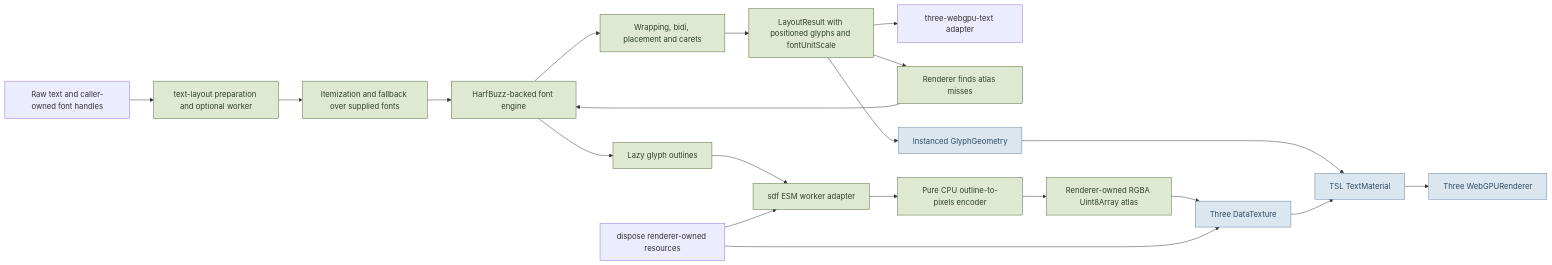
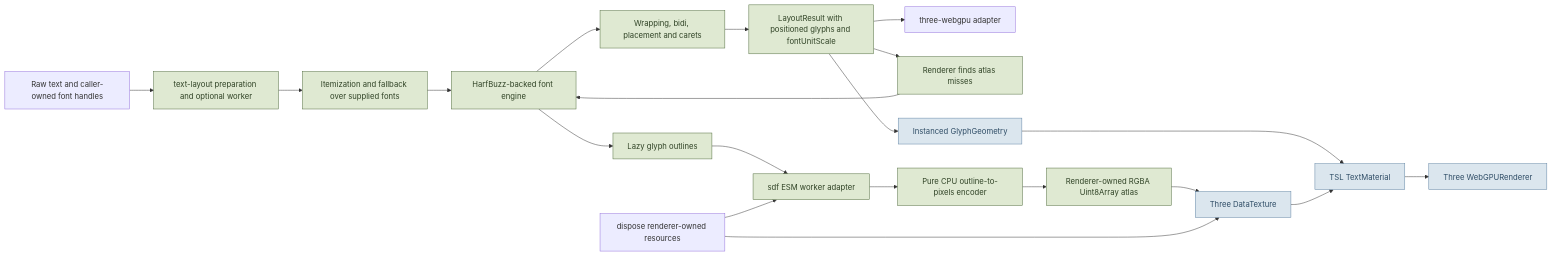
One commit to julia-script/text-rendering-toolkit changed the third of 5 diagrams in ROADMAP.md. Above: the diagram before and after it, drawn with Mermaid. The commit also changed other lines of this file and 140 other files, not shown here.

````diff
--- a/ROADMAP.md
+++ b/ROADMAP.md
@@ -133,30 +133,30 @@
 ```mermaid
 flowchart LR
     User[Raw text and caller-owned font handles] --> LayoutWorker[text-layout preparation and optional worker]
     LayoutWorker --> Resolver[Itemization and fallback over supplied fonts]
     Resolver --> Font[HarfBuzz-backed font engine]
     Font --> Layout[Wrapping, bidi, placement and carets]
     Layout --> Result[LayoutResult with positioned glyphs and fontUnitScale]
 
-    Result --> Renderer[three-webgpu-text adapter]
+    Result --> Renderer[three-webgpu adapter]
     Result --> Misses[Renderer finds atlas misses]
     Misses --> Font
     Font --> Outlines[Lazy glyph outlines]
     Outlines --> SdfWorker[sdf ESM worker adapter]
     SdfWorker --> CpuSdf[Pure CPU outline-to-pixels encoder]
     CpuSdf --> Atlas[Renderer-owned RGBA Uint8Array atlas]
     Atlas --> DataTexture[Three DataTexture]
 
     Result --> Geometry[Instanced GlyphGeometry]
     Geometry --> TSL[TSL TextMaterial]
     DataTexture --> TSL
     TSL --> WebGPU[Three WebGPURenderer]
 
     Dispose[dispose renderer-owned resources] --> SdfWorker
     Dispose --> DataTexture
 
     classDef cpu fill:#dfe9d2,stroke:#4f6b3c,color:#304326
     classDef gpu fill:#dbe6ee,stroke:#5f83a3,color:#2f4d66
     class LayoutWorker,Resolver,Font,Layout,Result,Misses,Outlines,SdfWorker,CpuSdf,Atlas cpu
     class Geometry,DataTexture,TSL,WebGPU gpu
 ```
````
